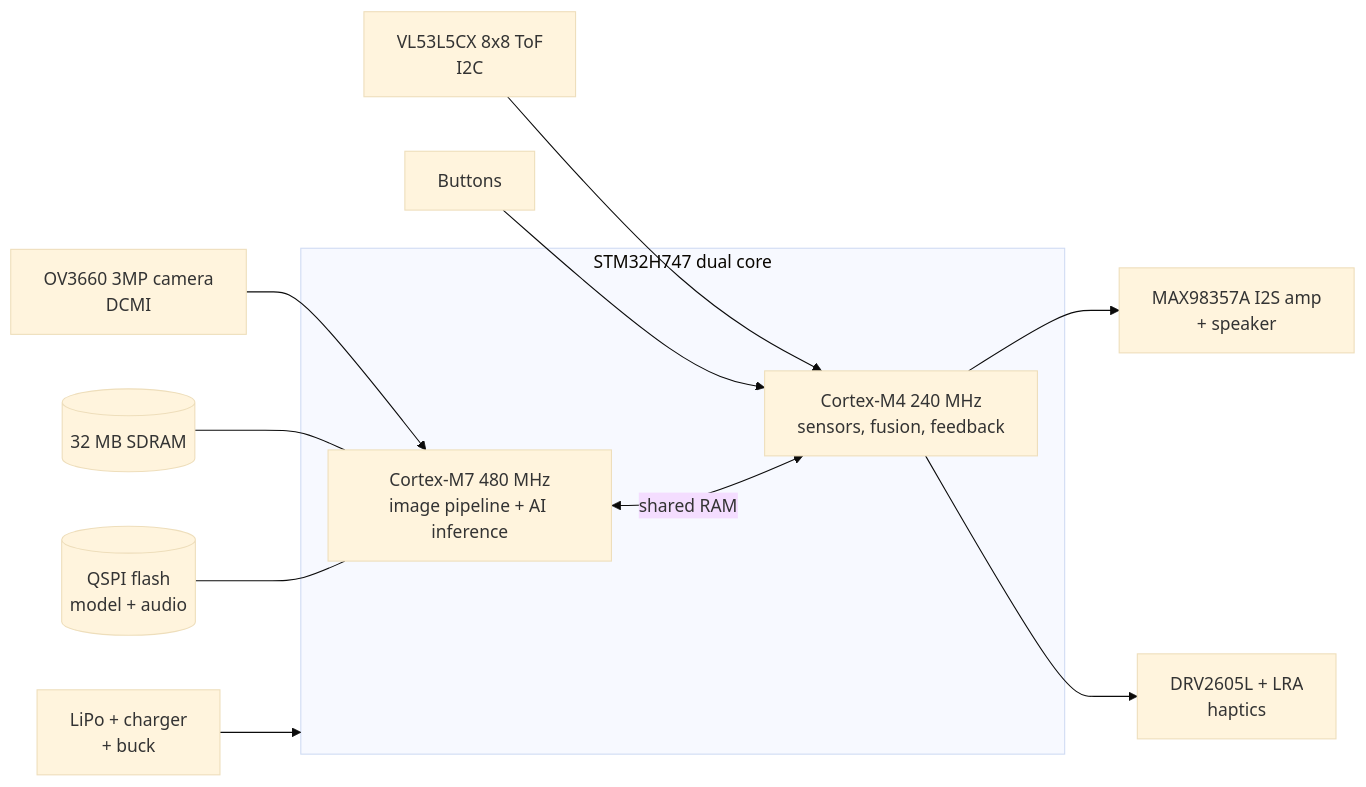
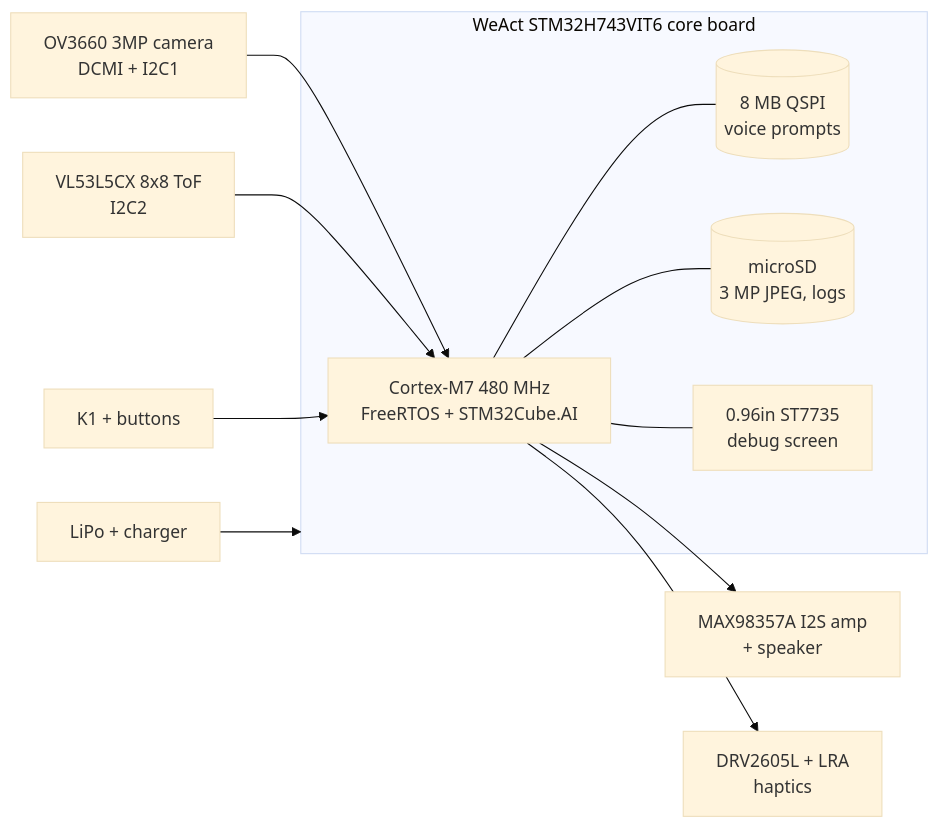
One commit to MehediEEE45/Vision-AI-Assist-STM32H7 changed the diagram in README.md. Above: the diagram before and after it, drawn with Mermaid (base theme). The commit also changed other lines of this file and 4 other files, not shown here.

Commit message:
Switch design to WeAct STM32H743VIT6 core board: single-core FreeRTOS, no SDRAM, verified pin map

````diff
--- a/README.md
+++ b/README.md
@@ -32,16 +32,18 @@
 ```mermaid
 flowchart LR
-  CAM[OV3660 3MP camera<br/>DCMI] --> M7
-  TOF[VL53L5CX 8x8 ToF<br/>I2C] --> M4
-  BTN[Buttons] --> M4
-  subgraph H7[STM32H747 dual core]
-    M7[Cortex-M7 480 MHz<br/>image pipeline + AI inference]
-    M4[Cortex-M4 240 MHz<br/>sensors, fusion, feedback]
-    M7 <-->|shared RAM| M4
+  CAM[OV3660 3MP camera<br/>DCMI + I2C1] --> MCU
+  TOF[VL53L5CX 8x8 ToF<br/>I2C2] --> MCU
+  BTN[K1 + buttons] --> MCU
+  subgraph BOARD[WeAct STM32H743VIT6 core board]
+    MCU[Cortex-M7 480 MHz<br/>FreeRTOS + STM32Cube.AI]
+    QSPI[(8 MB QSPI<br/>voice prompts)]
+    SD[(microSD<br/>3 MP JPEG, logs)]
+    LCD[0.96in ST7735<br/>debug screen]
+    MCU --- QSPI
+    MCU --- SD
+    MCU --- LCD
   end
-  M4 --> AUD[MAX98357A I2S amp<br/>+ speaker]
-  M4 --> HAP[DRV2605L + LRA<br/>haptics]
-  SDRAM[(32 MB SDRAM)] --- M7
-  QSPI[(QSPI flash<br/>model + audio)] --- M7
-  PWR[LiPo + charger<br/>+ buck] --> H7
+  MCU --> AUD[MAX98357A I2S amp<br/>+ speaker]
+  MCU --> HAP[DRV2605L + LRA<br/>haptics]
+  PWR[LiPo + charger] --> BOARD
 ```
````
